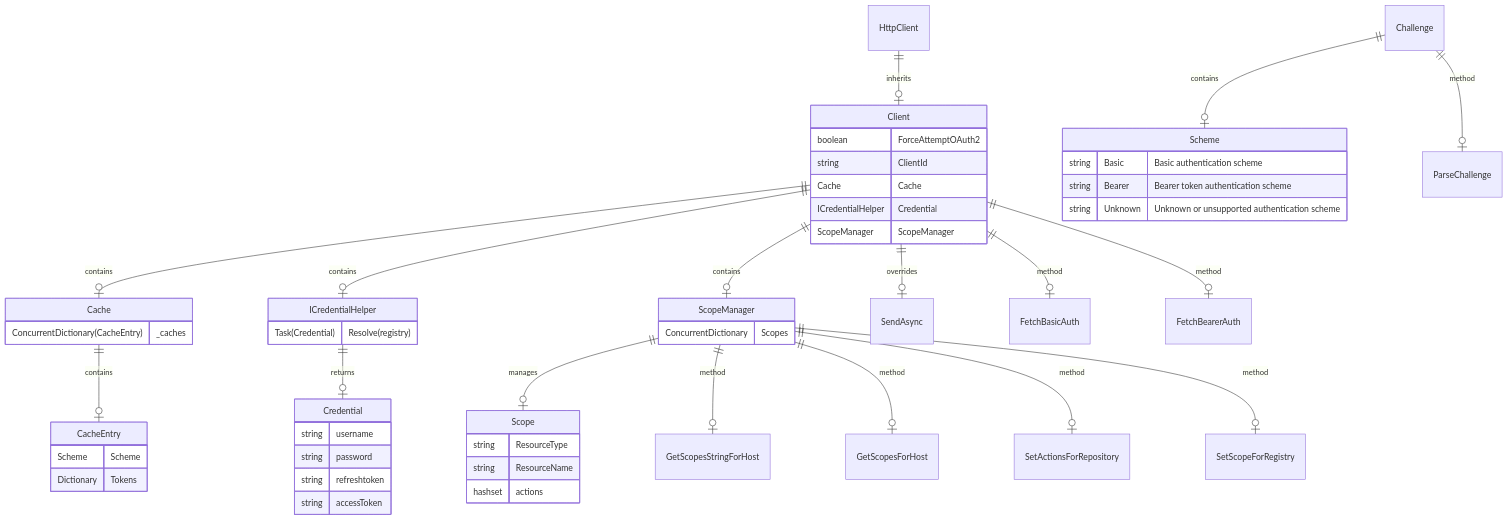
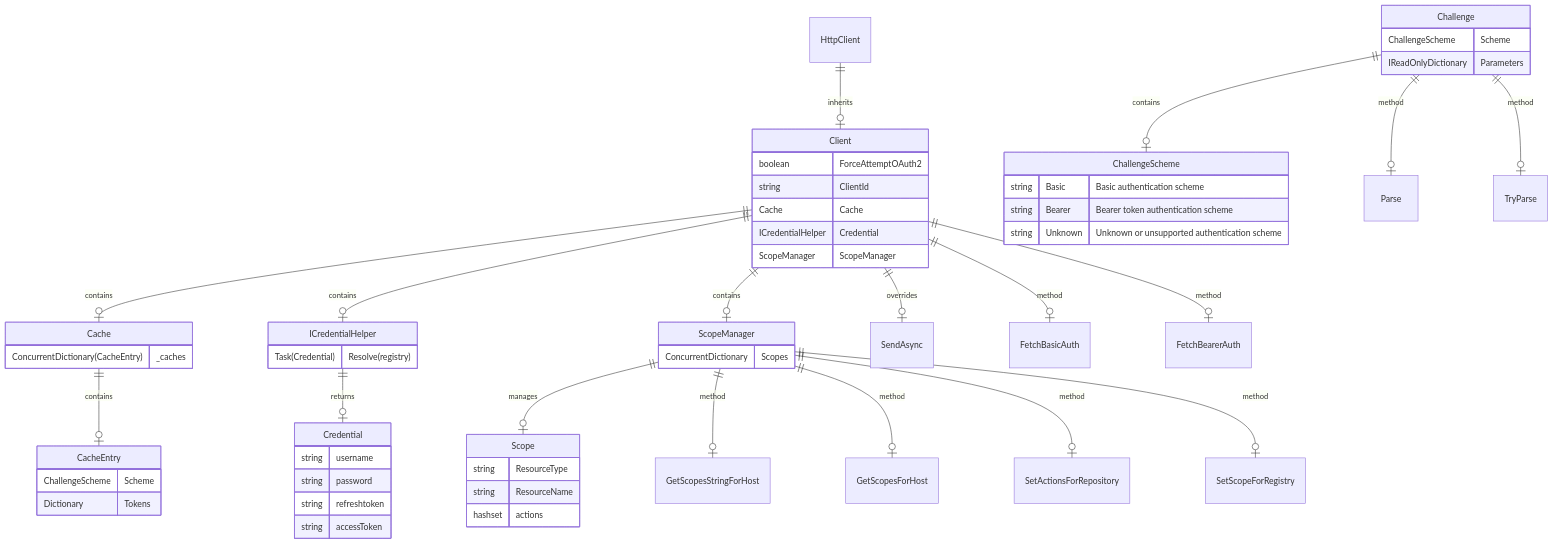
One commit to oras-project/oras-dotnet changed the first of 2 diagrams in docs/auth/authModel.md. Above: the diagram before and after it, drawn with Mermaid. The commit also changed 12 other files, not shown here.

````diff
--- a/docs/auth/authModel.md
+++ b/docs/auth/authModel.md
@@ -28,70 +28,73 @@
 ```mermaid
   erDiagram
 
     HttpClient {}
 
     Client {
         boolean ForceAttemptOAuth2
         string ClientId
         Cache Cache
         ICredentialHelper Credential
         ScopeManager ScopeManager
     }
     
     ICredentialHelper {
         Task(Credential) Resolve(registry)
     }
     
     ScopeManager {
         ConcurrentDictionary Scopes
     }
 
     Scope {
         string ResourceType
         string ResourceName
         hashset actions
     }
 
     Credential {
         string username
         string password
         string refreshtoken
         string accessToken
     }
 
     Cache {
         ConcurrentDictionary(CacheEntry) _caches
     }
 
     CacheEntry {
-        Scheme Scheme
+        ChallengeScheme Scheme
         Dictionary Tokens
     }
 
     Challenge {
+        ChallengeScheme Scheme
+        IReadOnlyDictionary Parameters
     }
 
-    Scheme {
+    ChallengeScheme {
         string Basic "Basic authentication scheme"
         string Bearer "Bearer token authentication scheme"
         string Unknown "Unknown or unsupported authentication scheme"
     }
 
     HttpClient ||--o| Client : inherits
     Client ||--o| Cache : contains
     Client ||--o| ICredentialHelper : contains
     Client ||--o| ScopeManager : contains
     ScopeManager ||--o| Scope : manages
     Cache ||--o| CacheEntry : contains
-    Challenge ||--o| Scheme : contains
+    Challenge ||--o| ChallengeScheme : contains
     
     Client ||--o| SendAsync : overrides
     Client ||--o| FetchBasicAuth : method
     Client ||--o| FetchBearerAuth : method
     ScopeManager ||--o| GetScopesStringForHost : method
     ScopeManager ||--o| GetScopesForHost : method
     ScopeManager ||--o| SetActionsForRepository : method
     ScopeManager ||--o| SetScopeForRegistry : method
     ICredentialHelper ||--o| Credential : returns
-    Challenge ||--o| ParseChallenge : method
+    Challenge ||--o| Parse : method
+    Challenge ||--o| TryParse : method
 ```
````
